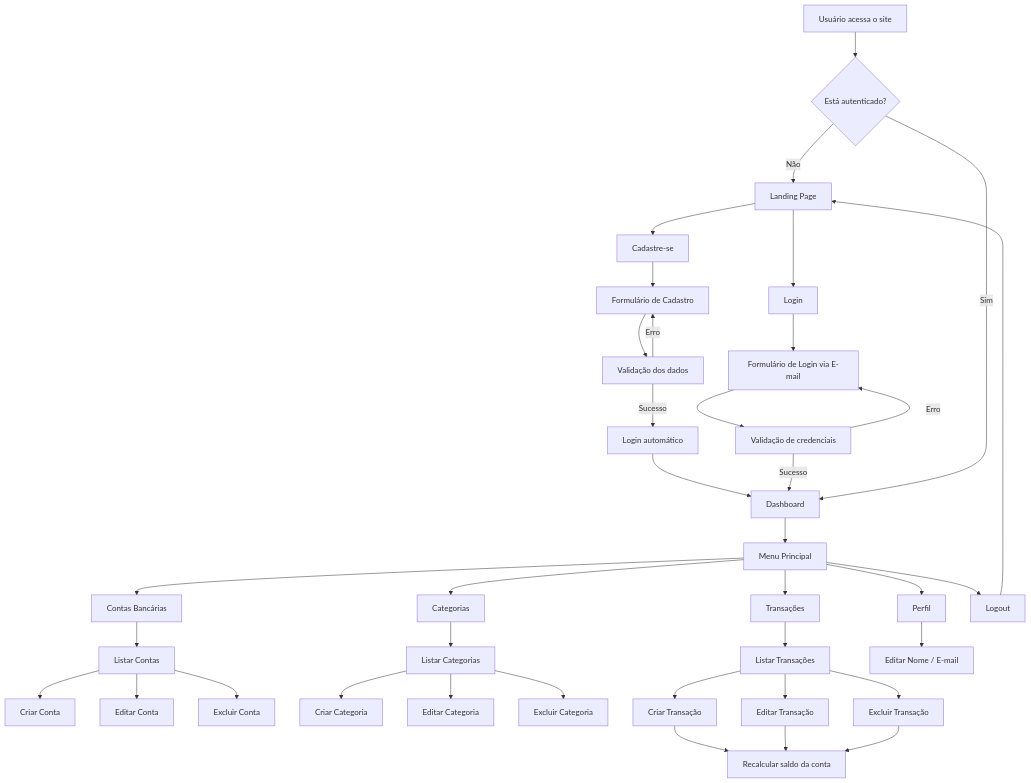
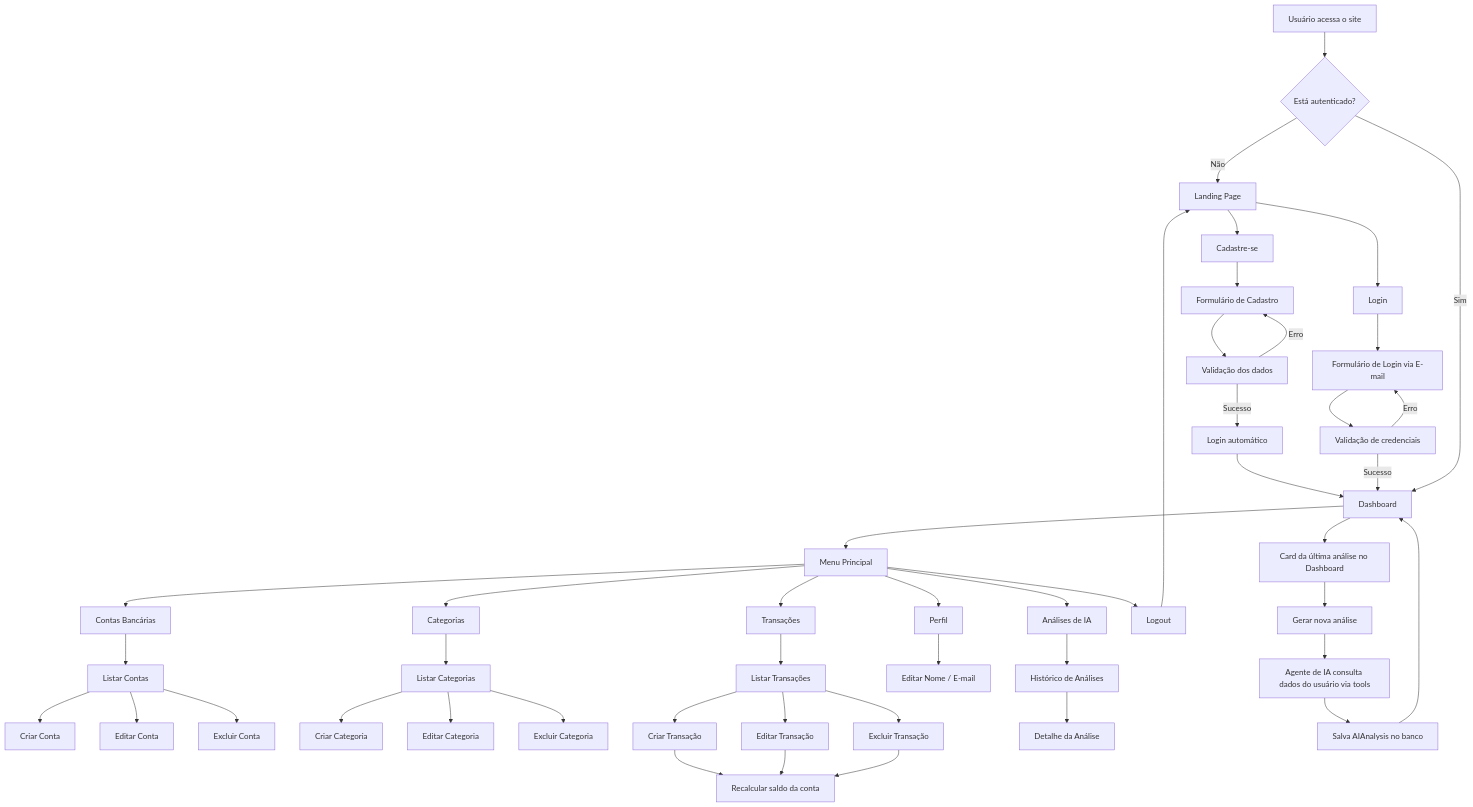
The first of 3 diagrams in PRD.md (IgorVoidbot/finanpy), drawn with Mermaid before and after one commit. The commit also changed other lines of this file and 12 other files, not shown here.

````diff
--- a/PRD.md
+++ b/PRD.md
@@ -124,46 +172,55 @@
 ```mermaid
 flowchart TD
     A[Usuário acessa o site] --> B{Está autenticado?}
     B -- Não --> C[Landing Page]
     C --> D[Cadastre-se]
     C --> E[Login]
     D --> F[Formulário de Cadastro]
     F --> G[Validação dos dados]
     G -- Erro --> F
     G -- Sucesso --> H[Login automático]
     H --> I[Dashboard]
     E --> J[Formulário de Login via E-mail]
     J --> K[Validação de credenciais]
     K -- Erro --> J
     K -- Sucesso --> I
     B -- Sim --> I
 
     I --> L[Menu Principal]
     L --> M[Contas Bancárias]
     L --> N[Categorias]
     L --> O[Transações]
     L --> P[Perfil]
+    L --> R[Análises de IA]
     L --> Q[Logout]
 
     M --> M1[Listar Contas]
     M1 --> M2[Criar Conta]
     M1 --> M3[Editar Conta]
     M1 --> M4[Excluir Conta]
 
     N --> N1[Listar Categorias]
     N1 --> N2[Criar Categoria]
     N1 --> N3[Editar Categoria]
     N1 --> N4[Excluir Categoria]
 
     O --> O1[Listar Transações]
     O1 --> O2[Criar Transação]
     O1 --> O3[Editar Transação]
     O1 --> O4[Excluir Transação]
     O2 --> O5[Recalcular saldo da conta]
     O3 --> O5
     O4 --> O5
 
     P --> P1[Editar Nome / E-mail]
 
+    R --> R1[Histórico de Análises]
+    R1 --> R2[Detalhe da Análise]
+    I --> R3[Card da última análise no Dashboard]
+    R3 --> R4[Gerar nova análise]
+    R4 --> R5[Agente de IA consulta dados do usuário via tools]
+    R5 --> R6[Salva AIAnalysis no banco]
+    R6 --> I
+
     Q --> C
 ```
````
